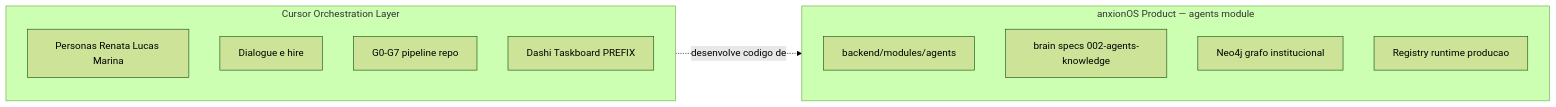
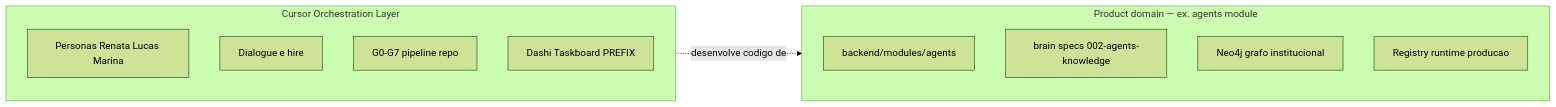
The diagram in .cursor/orchestration/SCOPE.md (jcafeitosa/anxionOS), drawn with Mermaid (forest theme) before and after one commit. The commit also changed other lines of this file and 88 other files, not shown here.

````diff
--- a/.cursor/orchestration/SCOPE.md
+++ b/.cursor/orchestration/SCOPE.md
@@ -47,18 +47,18 @@
 ```mermaid
 flowchart LR
   subgraph cursor["Cursor Orchestration Layer"]
     P[Personas Renata Lucas Marina]
     D[Dialogue e hire]
     G[G0-G7 pipeline repo]
     T[Dashi Taskboard PREFIX]
   end
 
-  subgraph product["anxionOS Product — agents module"]
+  subgraph product["Product domain — ex. agents module"]
     M[backend/modules/agents]
     B[brain specs 002-agents-knowledge]
     N[Neo4j grafo institucional]
     R[Registry runtime producao]
   end
 
   cursor -.->|desenvolve codigo de| product
 ```
````
